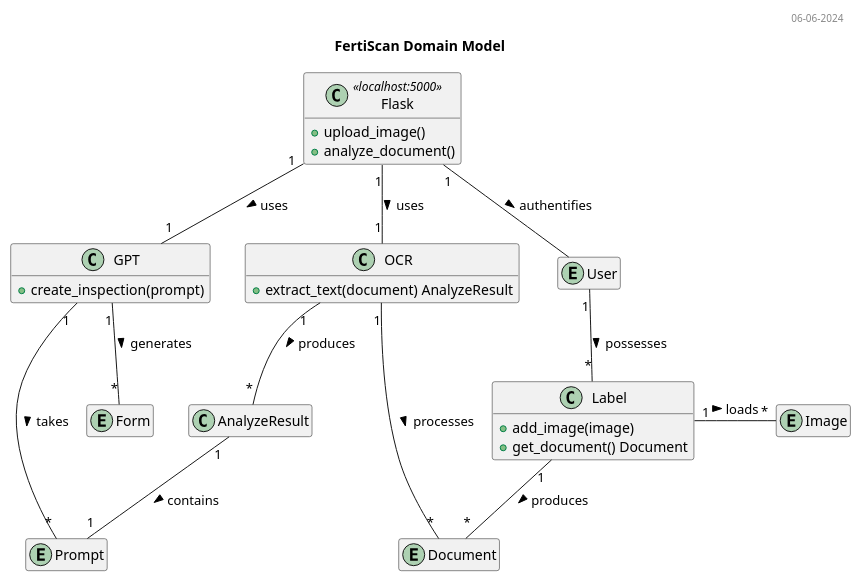
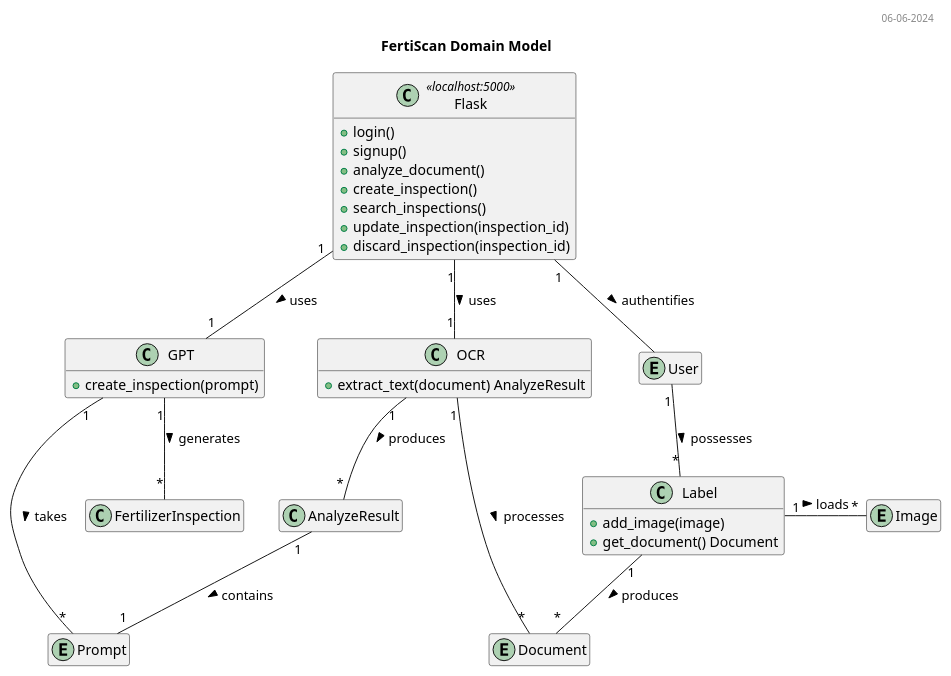
One commit to ai-cfia/fertiscan-backend changed the diagram in docs/plantuml/domain_model.puml. Above: the diagram before and after it, drawn with PlantUML. The commit also changed 16 other files, not shown here.

```diff
--- a/docs/plantuml/domain_model.puml
+++ b/docs/plantuml/domain_model.puml
@@ -1,48 +1,53 @@
 @startuml Model Diagram
 
 header 06-06-2024
  
 title FertiScan Domain Model
  
 hide empty members
  
 class "Flask" as S <<localhost:5000>> {
-  + upload_image()
+  + login()
+  + signup()
   + analyze_document()
+  + create_inspection()
+  + search_inspections()
+  + update_inspection(inspection_id)
+  + discard_inspection(inspection_id)
 }
 
 class "Label" as DS {
 + add_image(image)
 + get_document() Document
 }
 
 class "GPT" as LLM {
 + create_inspection(prompt)
 }
 
 class "OCR" {
 + extract_text(document) AnalyzeResult
 }
 
 class "AnalyzeResult" as R
 entity "User" as U
 entity "Image" as I
 entity "Document" as D
 entity "Prompt" as P 
-entity "Form" as F
+class "FertilizerInspection" as F
  
  
 S "1" -- "1" OCR: uses >
 S "1" -- "1" LLM: uses >
 S "1" -- U: authentifies >
 
 U "1" -- "*" DS: possesses > 
 OCR "1" -- "*" D: processes >
 OCR "1" -- "*" R: produces >
 DS "1" -- "*" D: produces > 
 DS "1" - "*" I: loads >
 LLM "1" -- "*" P: takes >
 LLM "1" -- "*" F: generates >
 R "1" -- "1" P: contains >
 
 @enduml
```
